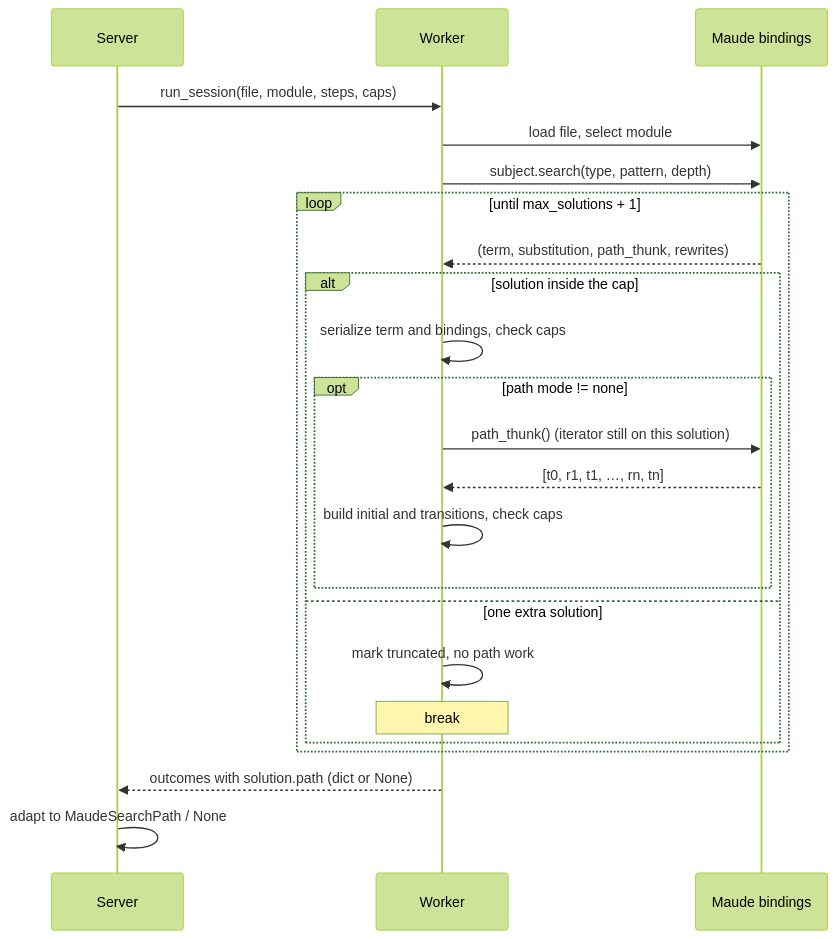
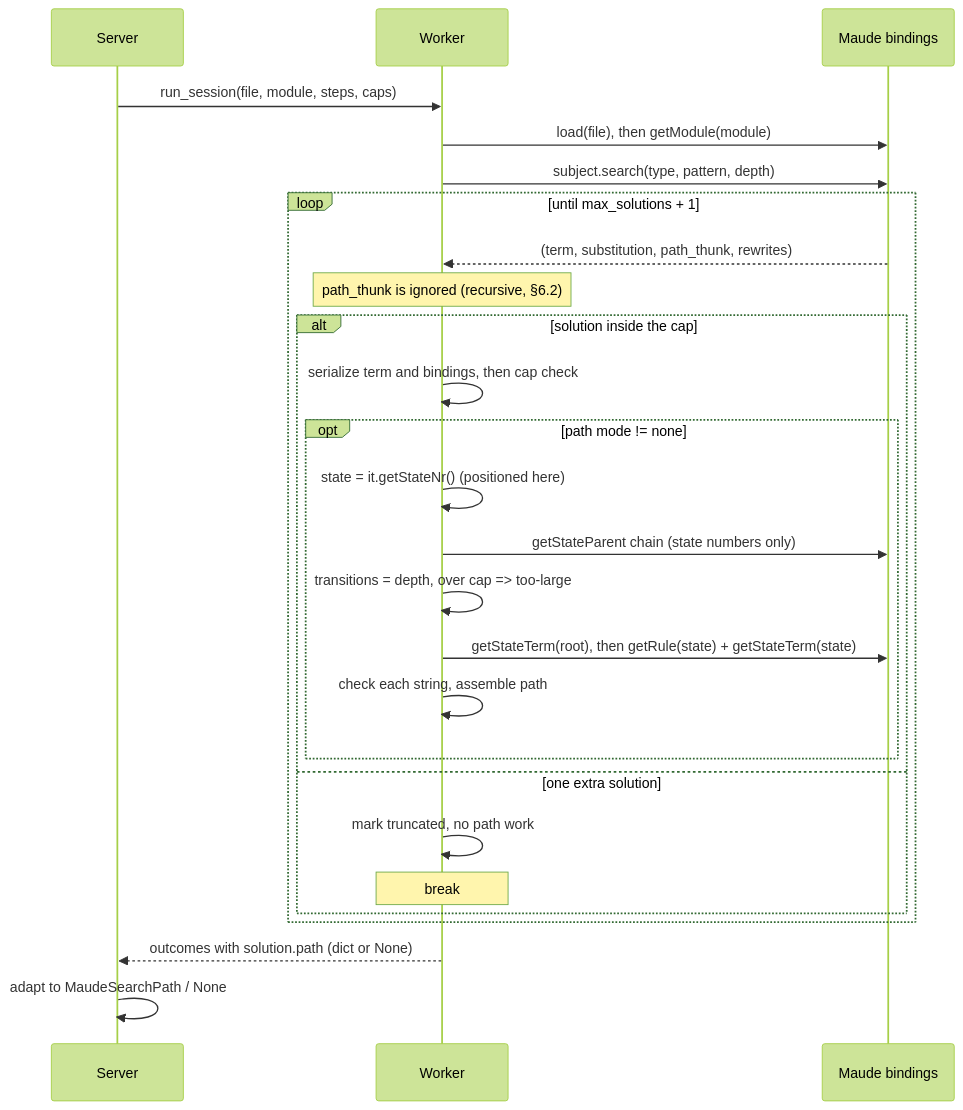
One commit to demiourgoi/Harold changed the second of 2 diagrams in harold-mcp/.agents/planning/maude_eval_search_path/design/detailed-design.md. Above: the diagram before and after it, drawn with Mermaid (forest theme). The commit also changed other lines of this file, not shown here.

````diff
--- a/harold-mcp/.agents/planning/maude_eval_search_path/design/detailed-design.md
+++ b/harold-mcp/.agents/planning/maude_eval_search_path/design/detailed-design.md
@@ -105,25 +118,28 @@
 ```mermaid
 sequenceDiagram
     participant S as Server
     participant W as Worker
     participant M as Maude bindings
     S->>W: run_session(file, module, steps, caps)
-    W->>M: load file, select module
+    W->>M: load(file), then getModule(module)
     W->>M: subject.search(type, pattern, depth)
     loop until max_solutions + 1
         M-->>W: (term, substitution, path_thunk, rewrites)
+        Note over W: path_thunk is ignored (recursive, §6.2)
         alt solution inside the cap
-            W->>W: serialize term and bindings, check caps
+            W->>W: serialize term and bindings, then cap check
             opt path mode != none
-                W->>M: path_thunk()  (iterator still on this solution)
-                M-->>W: [t0, r1, t1, …, rn, tn]
-                W->>W: build initial and transitions, check caps
+                W->>W: state = it.getStateNr()  (positioned here)
+                W->>M: getStateParent chain (state numbers only)
+                W->>W: transitions = depth, over cap => too-large
+                W->>M: getStateTerm(root), then getRule(state) + getStateTerm(state)
+                W->>W: check each string, assemble path
             end
         else one extra solution
             W->>W: mark truncated, no path work
             Note over W: break
         end
     end
     W-->>S: outcomes with solution.path (dict or None)
     S->>S: adapt to MaudeSearchPath / None
 ```
````
